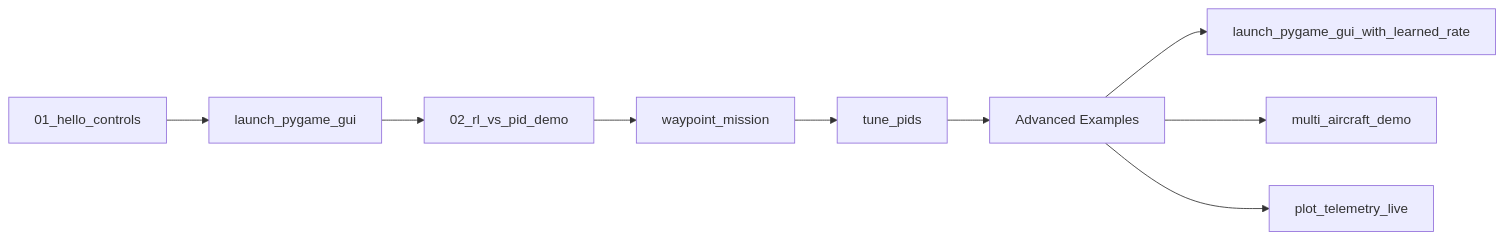
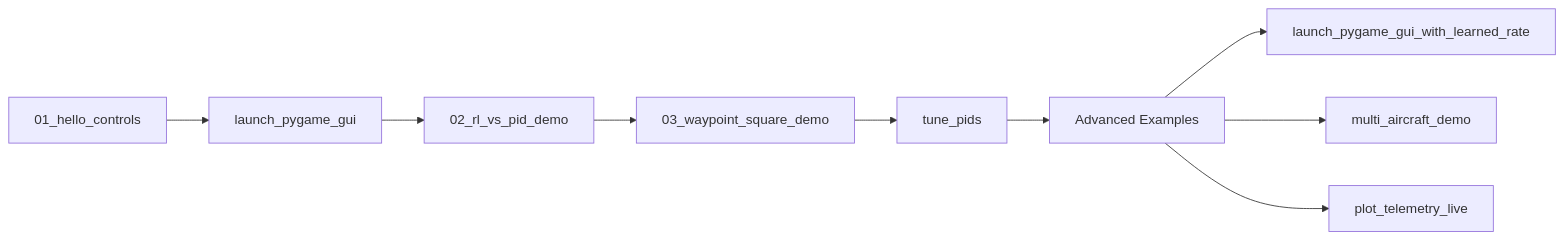
One commit to lhwright13/Hybrid-Classical-and-Reinforcement-Learning-Aircraft-Controllers changed the diagram in examples/README.md. Above: the diagram before and after it, drawn with Mermaid. The commit also changed other lines of this file and 63 other files, not shown here.

````diff
--- a/examples/README.md
+++ b/examples/README.md
@@ -11,12 +11,12 @@
 ```mermaid
 graph LR
     A[01_hello_controls] --> B[launch_pygame_gui]
     B --> C[02_rl_vs_pid_demo]
-    C --> D[waypoint_mission]
+    C --> D[03_waypoint_square_demo]
     D --> E[tune_pids]
     E --> F[Advanced Examples]
 
     F --> G[launch_pygame_gui_with_learned_rate]
     F --> H[multi_aircraft_demo]
     F --> I[plot_telemetry_live]
 ```
````
